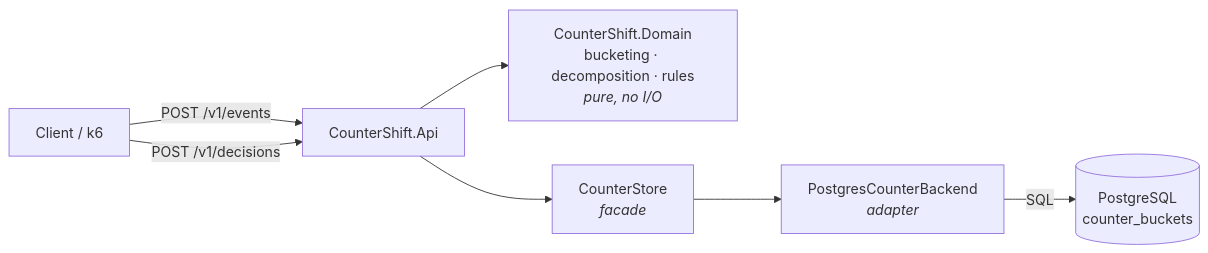
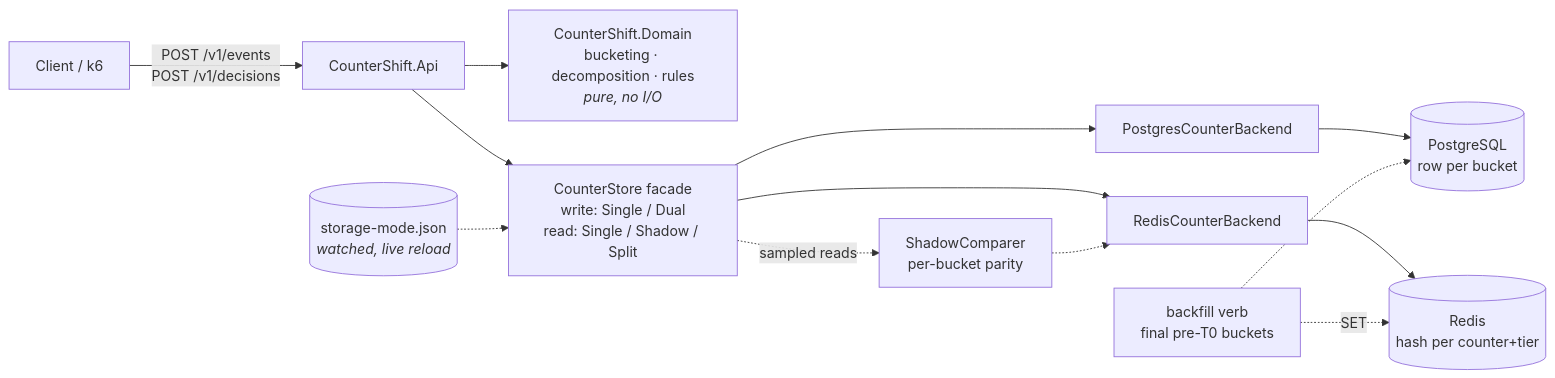
One commit to Kar6677thik/CounterShift changed the diagram in README.md. Above: the diagram before and after it, drawn with Mermaid. The commit also changed other lines of this file and 38 other files, not shown here.

First line of the commit message:
M6: migration machinery - dual writes, shadow parity, split, backfill, live mode reload

````diff
--- a/README.md
+++ b/README.md
@@ -11,9 +11,12 @@
 ```mermaid
 flowchart LR
-    client[Client / k6] -->|POST /v1/events| api[CounterShift.Api]
-    client -->|POST /v1/decisions| api
+    client[Client / k6] -->|POST /v1/events<br/>POST /v1/decisions| api[CounterShift.Api]
     api --> domain[CounterShift.Domain<br/>bucketing · decomposition · rules<br/><i>pure, no I/O</i>]
-    api --> store[CounterStore<br/><i>facade</i>]
-    store --> pgb[PostgresCounterBackend<br/><i>adapter</i>]
-    pgb -->|SQL| pg[(PostgreSQL<br/>counter_buckets)]
+    api --> store[CounterStore facade<br/>write: Single / Dual<br/>read: Single / Shadow / Split]
+    mode[(storage-mode.json<br/><i>watched, live reload</i>)] -.-> store
+    store --> pg[PostgresCounterBackend] --> pgdb[(PostgreSQL<br/>row per bucket)]
+    store --> rd[RedisCounterBackend] --> rdb[(Redis<br/>hash per counter+tier)]
+    store -.sampled reads.-> shadow[ShadowComparer<br/>per-bucket parity] -.-> rd
+    backfill[backfill verb<br/>final pre-T0 buckets] -.-> pgdb
+    backfill -.SET.-> rdb
 ```
````
